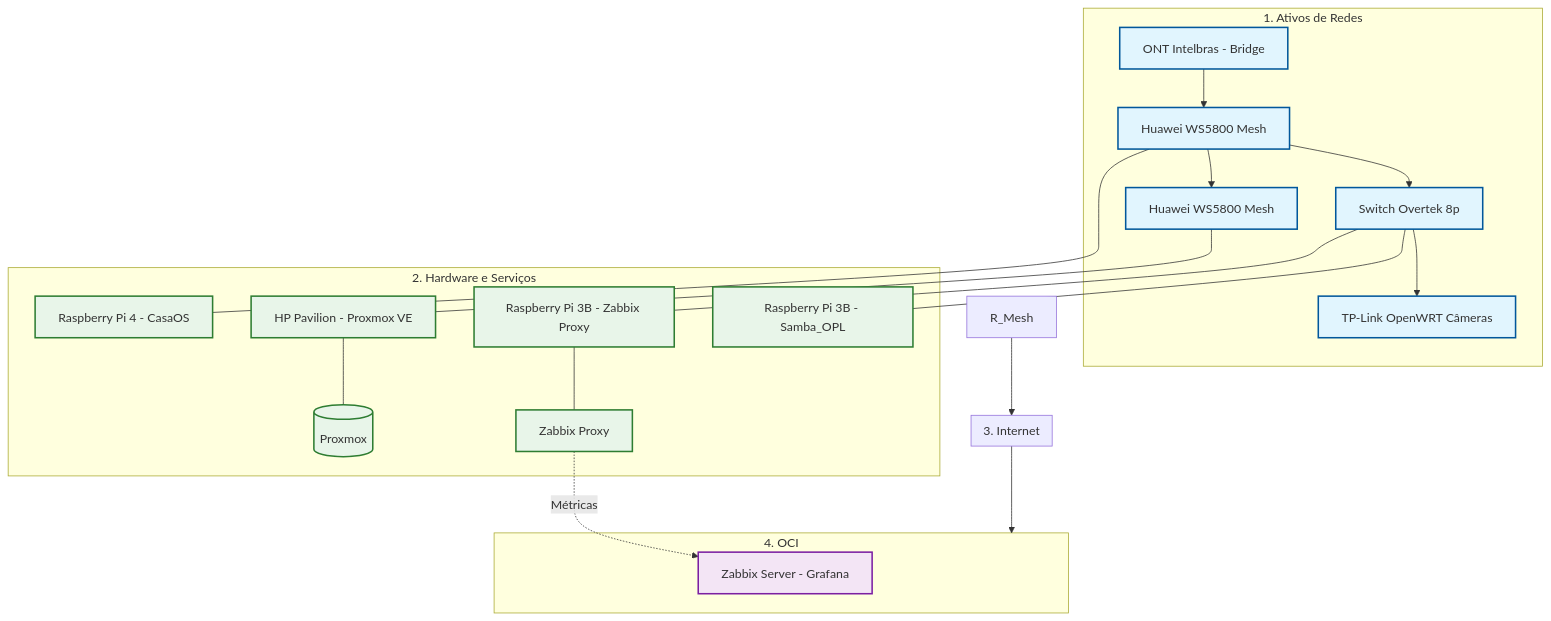
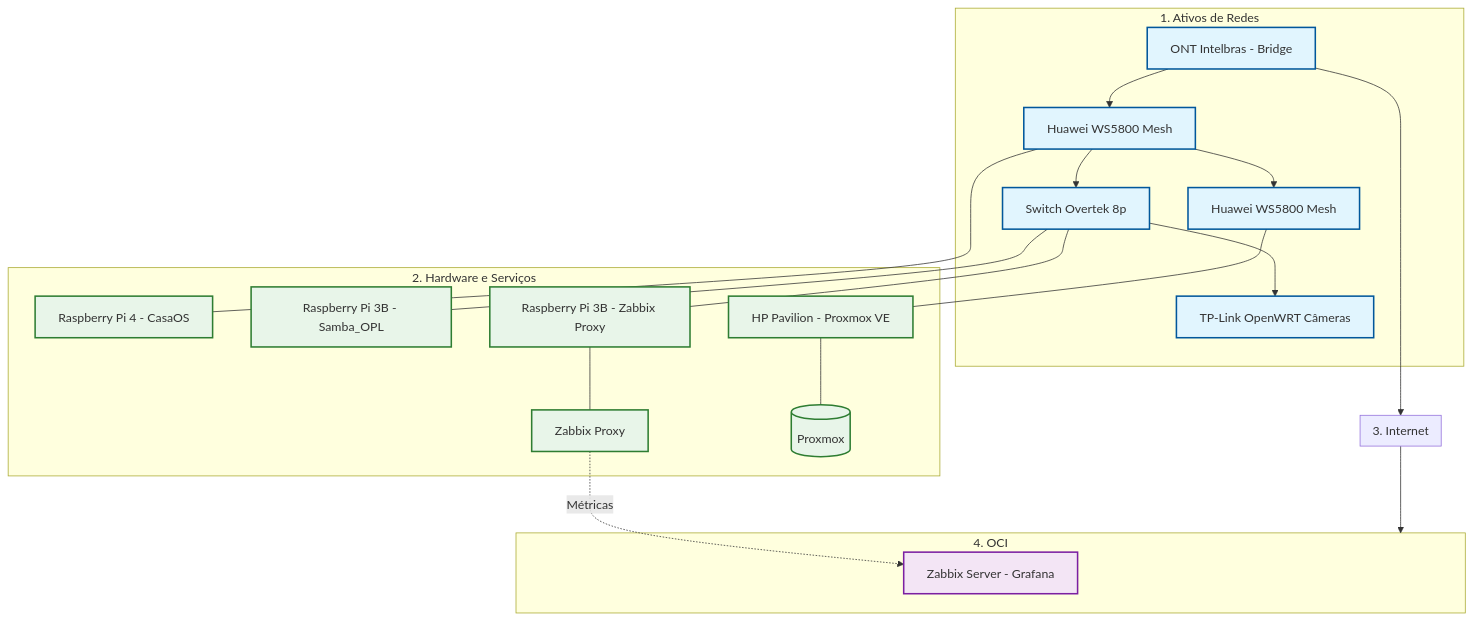
The diagram in Infraestructure/README.md (kevindexter22/Dr-Hardware-Autonet), drawn with Mermaid before and after one commit.

````diff
--- a/Infraestructure/README.md
+++ b/Infraestructure/README.md
@@ -13,46 +13,46 @@
 ```mermaid
 graph TD
     %% Estilos
     classDef rede fill:#e1f5fe,stroke:#01579b,stroke-width:2px;
     classDef hardware fill:#e8f5e9,stroke:#2e7d32,stroke-width:2px;
     classDef tunel fill:#fff3e0,stroke:#ef6c00,stroke-width:2px,stroke-dasharray: 5 5;
     classDef oci fill:#f3e5f5,stroke:#7b1fa2,stroke-width:2px;
 
     %% 1. ATIVOS DE REDE
     subgraph S1 [1. Ativos de Redes]
         ONT[ONT Intelbras - Bridge]:::rede --> R_Mesh1[Huawei WS5800 Mesh]:::rede
         R_Mesh1 --> SW1[Switch Overtek 8p]:::rede
         SW1 --> R_Cams[TP-Link OpenWRT Câmeras]:::rede
         R_Mesh1 --> R_Mesh2[Huawei WS5800 Mesh]:::rede
                 
     end
 
     %% 2. HARDWARE E SERVIÇOS
     subgraph S2 [2. Hardware e Serviços]
         R_Mesh1 --- RPi4[Raspberry Pi 4 - CasaOS]:::hardware
         SW1 --- RPi3_1[Raspberry Pi 3B - Samba_OPL]:::hardware
         SW1 --- RPi3_2[Raspberry Pi 3B - Zabbix Proxy]:::hardware
         R_Mesh2 --- HP[HP Pavilion - Proxmox VE]:::hardware
         
         
         RPi3_2 --- ZP[Zabbix Proxy]:::hardware
         HP --- PVE[(Proxmox)]:::hardware
     end
 
     %% 3. Internet (A PONTE)
     subgraph S3 [3. Internet]
     end
 
     %% 4. OCI
     subgraph S4 [4. OCI]
         ZS[Zabbix Server - Grafana]:::oci
     end
 
     %% Conexões de Fluxo de Dados para manter a ordem
-    R_Mesh --> S3
+    ONT --> S3
     S3 --> S4
     
     %% Relacionamentos lógicos (setas duplas para replicação)
     ZP -.-> |Métricas| ZS
 
 ```
````
